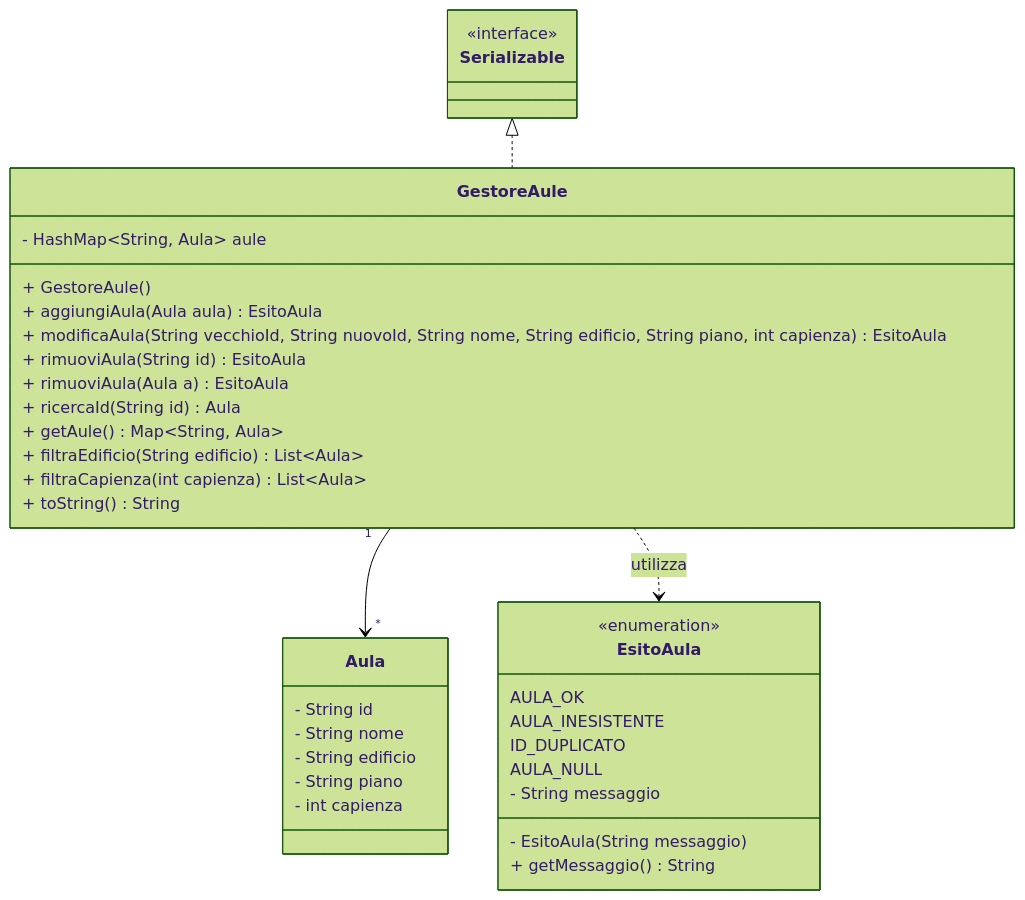
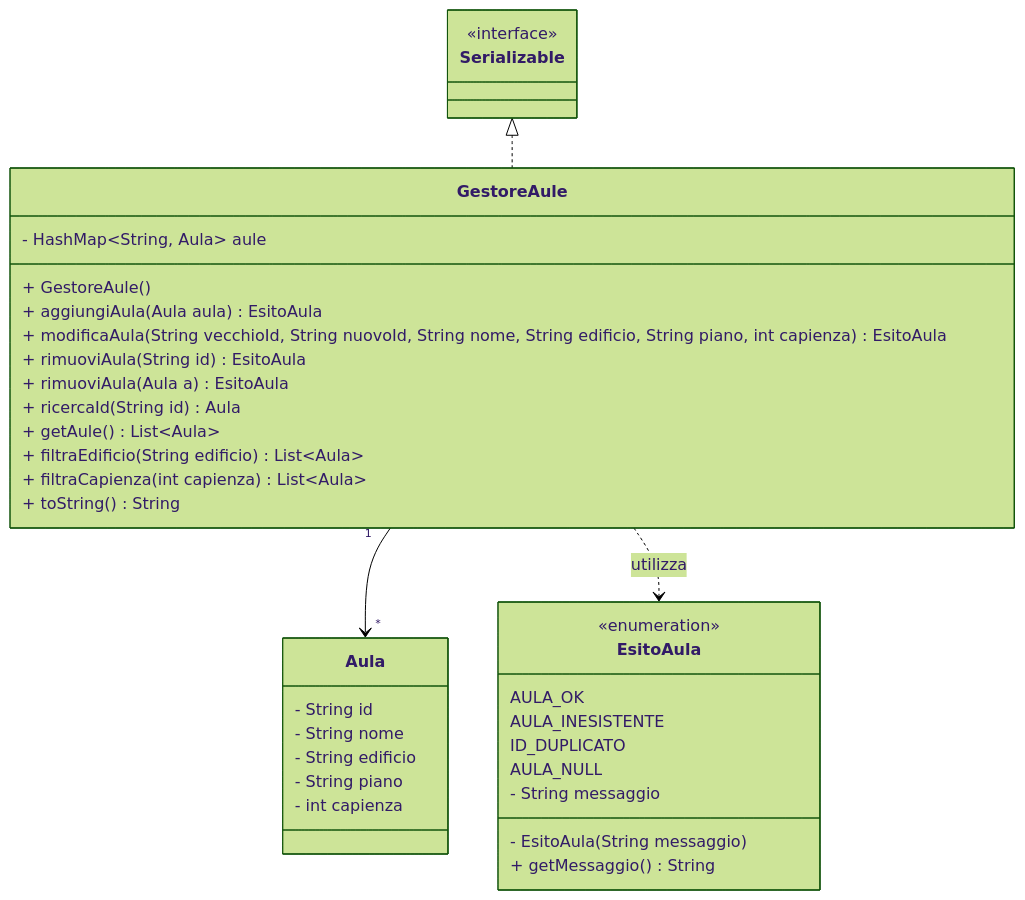
One commit to gcarbone48/PrenotazioneAule5 changed the diagram in diagrams/class diagrams/gestoreAuleClass.md. Above: the diagram before and after it, drawn with Mermaid (forest theme). The commit also changed 1 other file, not shown here.

Commit message:
FIX: fix nei commenti FEAT: aggiunta costruttore ad Archivio

````diff
--- a/diagrams/class diagrams/gestoreAuleClass.md
+++ b/diagrams/class diagrams/gestoreAuleClass.md
@@ -1,65 +1,62 @@
 ```mermaid
 classDiagram
     class Serializable {
              <<interface>>
     }
 
     Serializable <|.. GestoreAule
 
 
     class Aula {
         - String id
         %% codice identificativo univoco
         - String nome
         - String edificio
         - String piano
         - int capienza
     }
 
     class GestoreAule{
         - HashMap~String, Aula~ aule
         %% costruttore
         + GestoreAule()
         %% aggiunge un'aula verificando l'unicità dell'id e i valori nulli
         + aggiungiAula(Aula aula) EsitoAula
         %% modifica un'aula esistente gestendo anche l'eventuale cambio di ID
         + modificaAula(String vecchioId, String nuovoId, String nome, String edificio, String piano, int capienza) EsitoAula
         %% rimuove un'aula tramite il suo id 
-        %%%%%%%%%%%% TODO: NON è MEGLIO PASSARE DUMMY OBJ AULA?     %%%%%%%%%%%%%%%%%%%%%%%%%%
         + rimuoviAula(String id) EsitoAula
-        %% facciamo overloading??
         + rimuoviAula (Aula a) EsitoAula
         %% cerca e restituisce un'aula tramite il suo id
         + ricercaId(String id) Aula
         %% restituisce una collezione di tutte le aule registrate
-        %% NON SAREBBE MEGLIO LISTA??
-        + getAule() Map~String, Aula~
+        + getAule() List~Aula~
         %% restituisce una lista di aule filtrate per edificio
         + filtraEdificio(String edificio) List~Aula~
         %% restituisce una lista di aule filtrate per capienza minima
         + filtraCapienza(int capienza) List~Aula~
 
         + toString() String
     }
 
     class EsitoAula {
         <<enumeration>>
         %%esito corretto
         AULA_OK
         %%restituita se l'aula passata non esiste
         AULA_INESISTENTE
         %%restituita se l'id è già associato ad un'altra aula
         ID_DUPLICATO
         %%restituita se l'aula passata è null
         AULA_NULL
         %%attributo privato immutabile che memorizza il testo descrittivo dell'esito
         - String messaggio
         %%costruttore
         - EsitoAula(String messaggio)
         %%metodo pubblico per accedere al testo descrittivo dell'esito
         + getMessaggio() String
     }
     GestoreAule "1" --> "*" Aula
     GestoreAule ..> EsitoAula : utilizza
         
 ```
````
